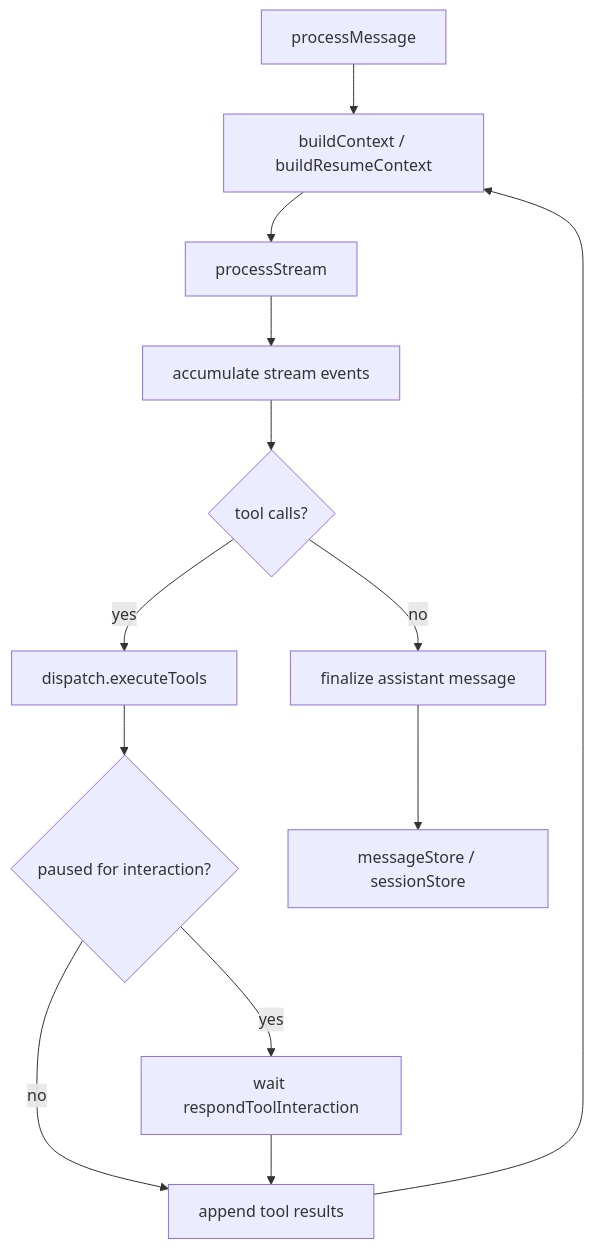
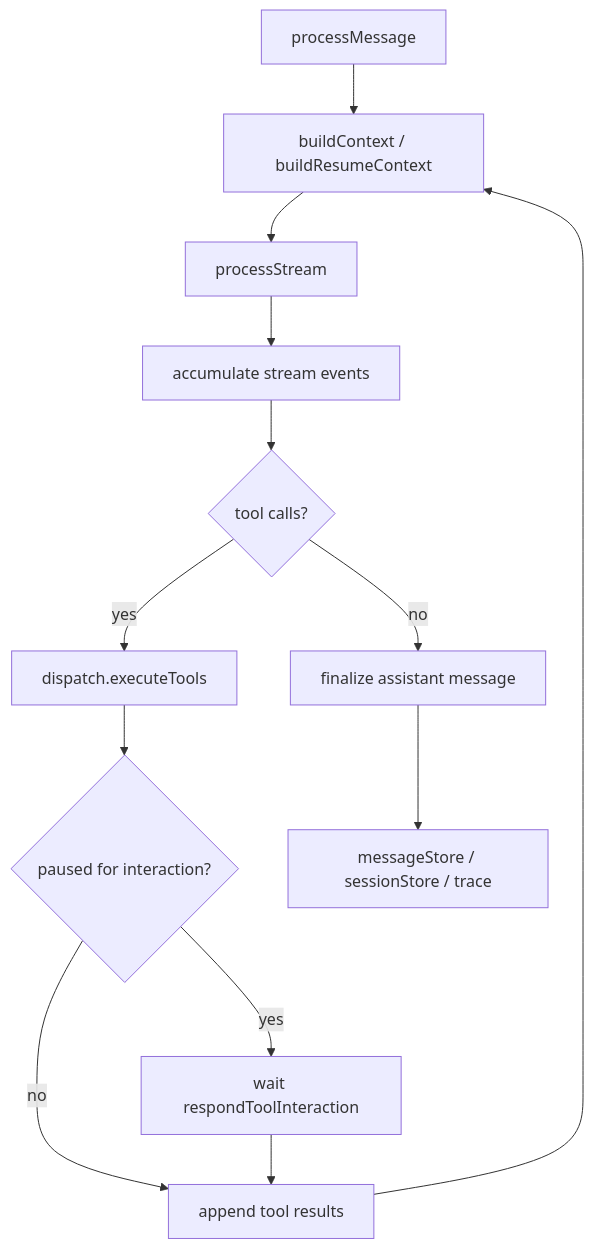
The second of 9 diagrams in docs/FLOWS.md (ThinkInAIXYZ/deepchat), drawn with Mermaid before and after one commit. The commit also changed other lines of this file and 426 other files, not shown here.

````diff
--- a/docs/FLOWS.md
+++ b/docs/FLOWS.md
@@ -33,15 +36,15 @@
 ```mermaid
 flowchart TD
     Start["processMessage"] --> Context["buildContext / buildResumeContext"]
     Context --> Stream["processStream"]
     Stream --> Acc["accumulate stream events"]
     Acc --> ToolCheck{"tool calls?"}
     ToolCheck -->|no| Finalize["finalize assistant message"]
     ToolCheck -->|yes| Dispatch["dispatch.executeTools"]
     Dispatch --> Resume{"paused for interaction?"}
     Resume -->|yes| Wait["wait respondToolInteraction"]
     Resume -->|no| Continue["append tool results"]
     Wait --> Continue
     Continue --> Context
-    Finalize --> Persist["messageStore / sessionStore"]
+    Finalize --> Persist["messageStore / sessionStore / trace"]
 ```
````
